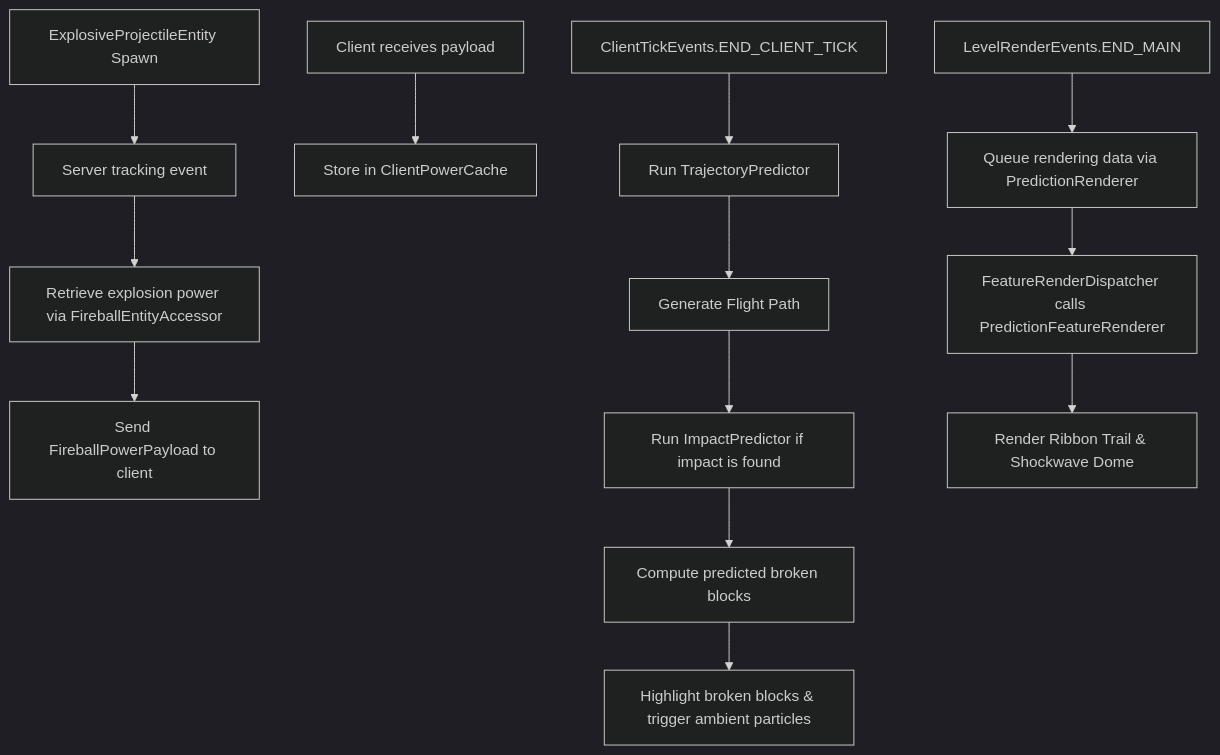
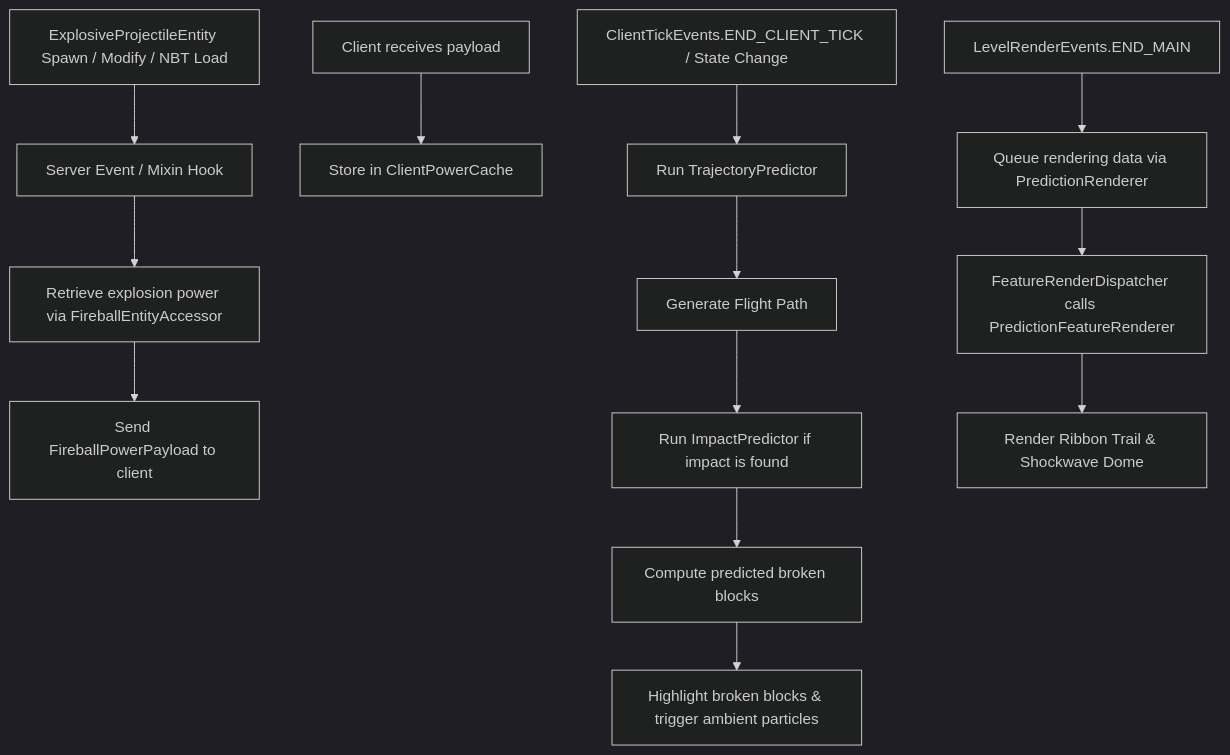
The diagram in agent.md (IsAvaible/FireballPredictor), drawn with Mermaid (dark theme) before and after one commit. The commit also changed other lines of this file and 9 other files, not shown here.

````diff
--- a/agent.md
+++ b/agent.md
@@ -11,15 +11,15 @@
 ```mermaid
 graph TD
-    A[ExplosiveProjectileEntity Spawn] --> B[Server tracking event]
+    A[ExplosiveProjectileEntity Spawn / Modify / NBT Load] --> B[Server Event / Mixin Hook]
     B --> C[Retrieve explosion power via FireballEntityAccessor]
     C --> D[Send FireballPowerPayload to client]
     E[Client receives payload] --> F[Store in ClientPowerCache]
-    G[ClientTickEvents.END_CLIENT_TICK] --> H[Run TrajectoryPredictor]
+    G[ClientTickEvents.END_CLIENT_TICK / State Change] --> H[Run TrajectoryPredictor]
     H --> I[Generate Flight Path]
     I --> J[Run ImpactPredictor if impact is found]
     J --> K[Compute predicted broken blocks]
     K --> L[Highlight broken blocks & trigger ambient particles]
     M[LevelRenderEvents.END_MAIN] --> N[Queue rendering data via PredictionRenderer]
     N --> O[FeatureRenderDispatcher calls PredictionFeatureRenderer]
     O --> P[Render Ribbon Trail & Shockwave Dome]
 ```
````
